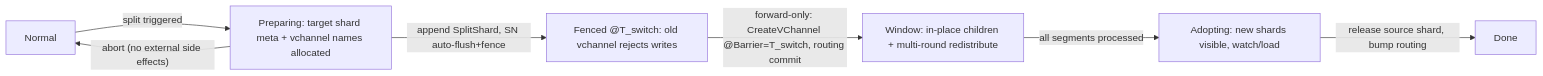
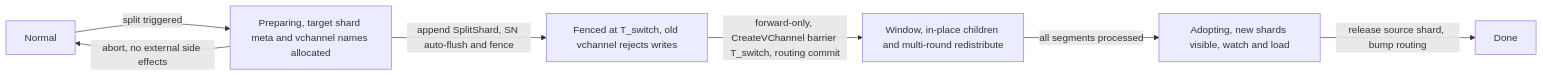
The first of 4 diagrams in docs/design-docs/design_docs/20260610-shard_split.md (milvus-io/milvus), drawn with Mermaid before and after one commit.

Commit message:
doc: fix first mermaid diagram failing to render on GitHub
GitHub's Mermaid v11 parses @ as node-metadata syntax inside flowcharts
(even within quotes), so the state-machine flowchart failed to render
while the sequenceDiagrams (which ignore @) were fine. Strip @ = + ()
: / from the flowchart labels, using plain quoted text.

````diff
--- a/docs/design-docs/design_docs/20260610-shard_split.md
+++ b/docs/design-docs/design_docs/20260610-shard_split.md
@@ -233,9 +233,9 @@
 ```mermaid
 flowchart LR
-    IDLE["Normal"] -->|"split triggered"| PREP["Preparing: target shard meta + vchannel names allocated"]
-    PREP -->|"abort (no external side effects)"| IDLE
-    PREP -->|"append SplitShard, SN auto-flush+fence"| FENCE["Fenced @T_switch: old vchannel rejects writes"]
-    FENCE -->|"forward-only: CreateVChannel @Barrier=T_switch, routing commit"| WIN["Window: in-place children + multi-round redistribute"]
-    WIN -->|"all segments processed"| ADOPT["Adopting: new shards visible, watch/load"]
+    IDLE["Normal"] -->|"split triggered"| PREP["Preparing, target shard meta and vchannel names allocated"]
+    PREP -->|"abort, no external side effects"| IDLE
+    PREP -->|"append SplitShard, SN auto-flush and fence"| FENCE["Fenced at T_switch, old vchannel rejects writes"]
+    FENCE -->|"forward-only, CreateVChannel barrier T_switch, routing commit"| WIN["Window, in-place children and multi-round redistribute"]
+    WIN -->|"all segments processed"| ADOPT["Adopting, new shards visible, watch and load"]
     ADOPT -->|"release source shard, bump routing"| DONE["Done"]
 ```
````
